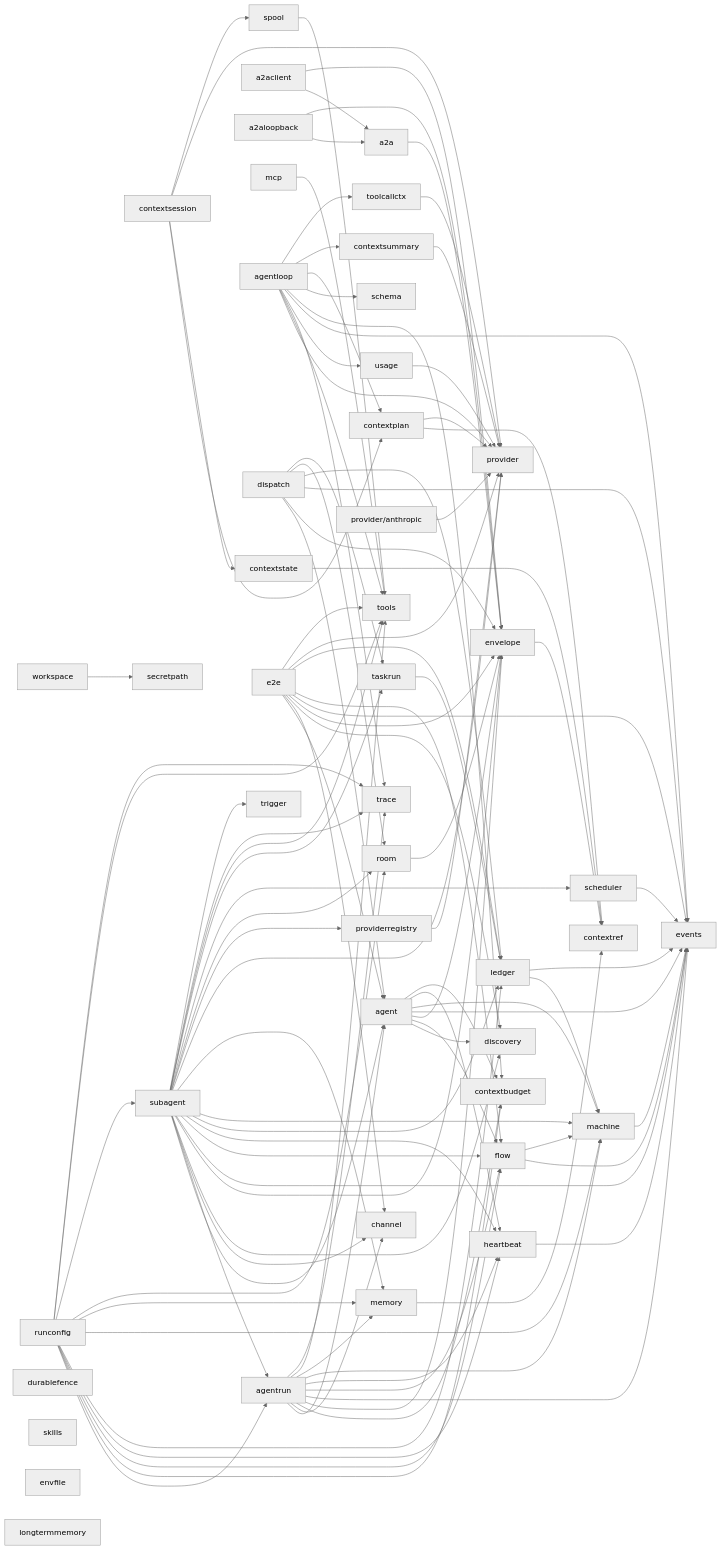
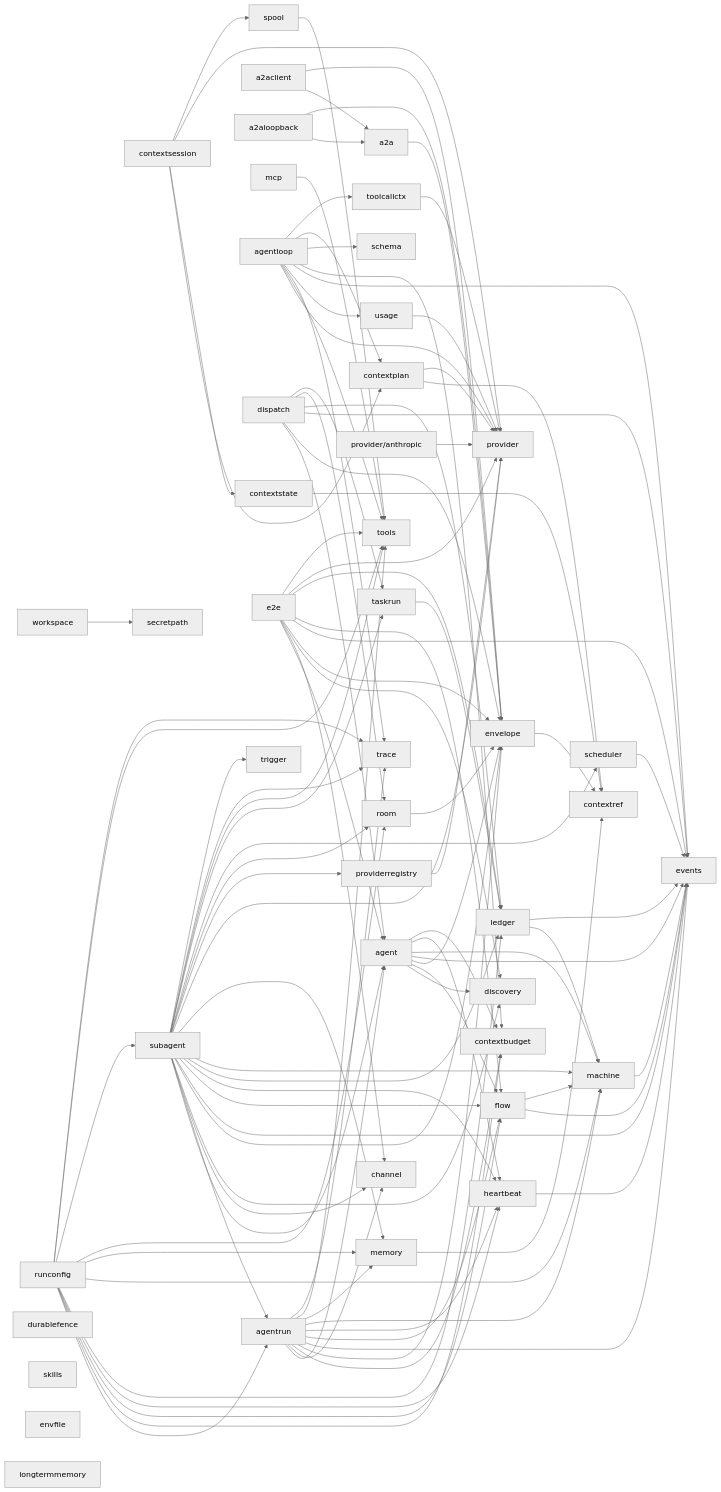
Before and after one commit to MiviaLabs/mivia-ai-sdk: the first of 2 diagrams in docs/architecture.md, drawn with Mermaid (neutral theme). The commit also changed other lines of this file and 33 other files, not shown here.

```diff
--- a/docs/architecture.md
+++ b/docs/architecture.md
@@ -74,9 +74,7 @@
     agentloop --> contextbudget
     agentloop --> schema
     agentloop --> contextplan
-    agentloop --> contextsummary
     agentloop --> toolcallctx
-    contextsummary --> provider
     toolcallctx --> provider
     usage --> provider
     providerregistry --> provider
```
